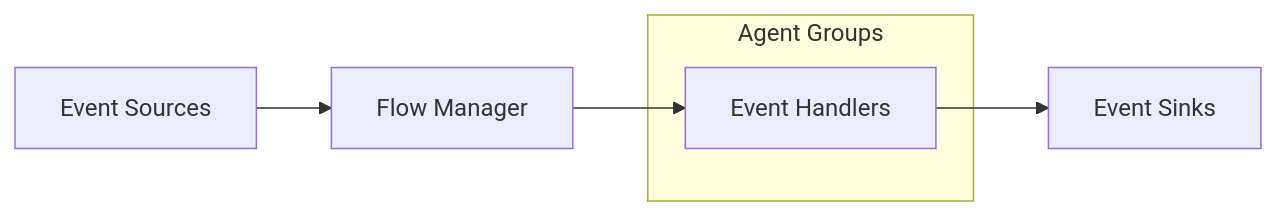
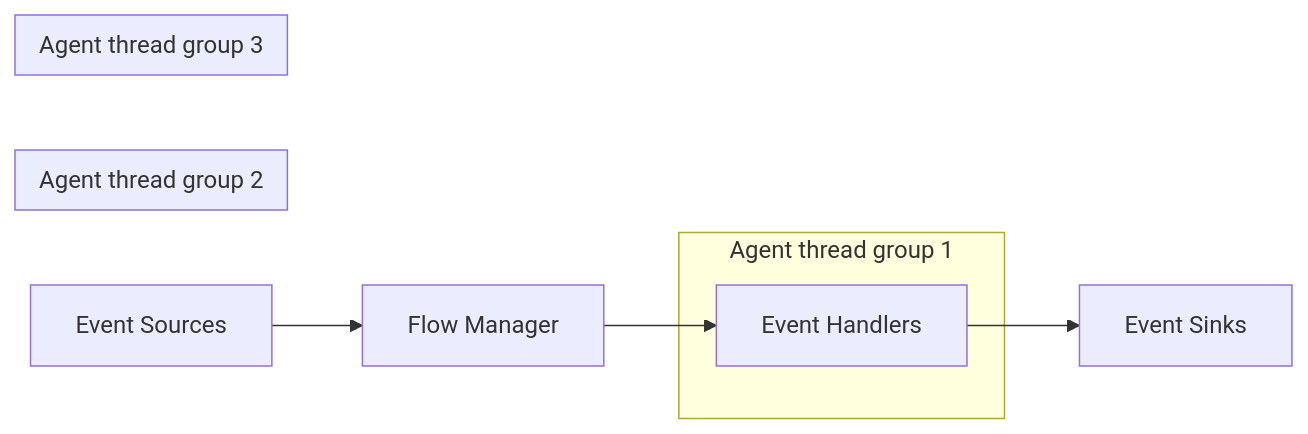
One commit to gregv12/fluxtion-server changed the first of 2 diagrams in docs/guide/overview.md. Above: the diagram before and after it, drawn with Mermaid. The commit also changed 3 other files, not shown here.

````diff
--- a/docs/guide/overview.md
+++ b/docs/guide/overview.md
@@ -8,10 +8,16 @@
 ```mermaid
 graph LR
 ES[Event Sources] --> FM[Flow Manager]
 FM --> EH[Event Handlers]
 EH --> ESK[Event Sinks]
 
-    subgraph "Agent Groups"
+    subgraph "Agent thread group 1"
+        EH
+    end
+    subgraph "Agent thread group 2"
+        EH
+    end
+    subgraph "Agent thread group 3"
         EH
     end
 ```
````
